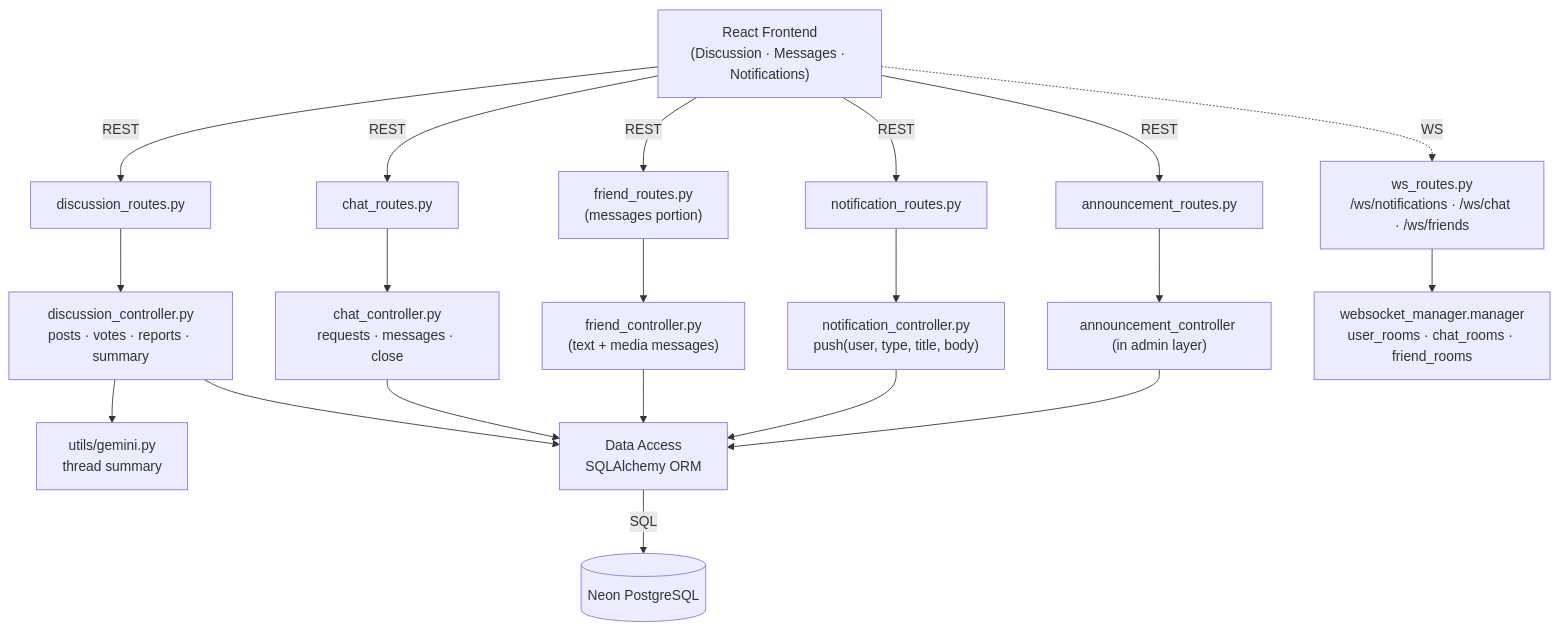
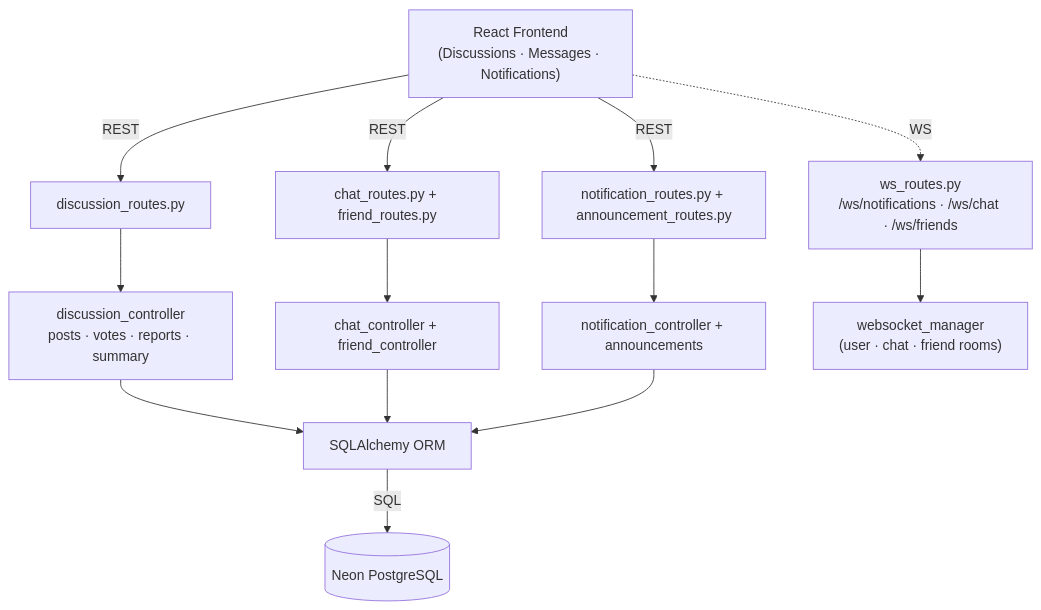
Before and after one commit to yazidha09/Hub4Learners: the first of 4 diagrams in docs/sprints/SPRINT_5.md, drawn with Mermaid. The commit also changed other lines of this file and 14 other files, not shown here.

````diff
--- a/docs/sprints/SPRINT_5.md
+++ b/docs/sprints/SPRINT_5.md
@@ -63,22 +59,15 @@
 ```mermaid
 graph TD
-    A["React Frontend<br/>(Discussion · Messages · Notifications)"] -->|REST| B["discussion_routes.py"]
-    A -->|REST| C["chat_routes.py"]
-    A -->|REST| D["friend_routes.py<br/>(messages portion)"]
-    A -->|REST| E["notification_routes.py"]
-    A -->|REST| F["announcement_routes.py"]
-    A -. WS .-> G["ws_routes.py<br/>/ws/notifications · /ws/chat · /ws/friends"]
-    B --> H["discussion_controller.py<br/>posts · votes · reports · summary"]
-    C --> I["chat_controller.py<br/>requests · messages · close"]
-    D --> J["friend_controller.py<br/>(text + media messages)"]
-    E --> K["notification_controller.py<br/>push(user, type, title, body)"]
-    F --> L["announcement_controller (in admin layer)"]
-    G --> M["websocket_manager.manager<br/>user_rooms · chat_rooms · friend_rooms"]
-    H --> N["utils/gemini.py<br/>thread summary"]
-    H --> O["Data Access<br/>SQLAlchemy ORM"]
-    I --> O
-    J --> O
-    K --> O
-    L --> O
-    O -->|SQL| P[("Neon PostgreSQL")]
+    A["React Frontend<br/>(Discussions · Messages · Notifications)"] -->|REST| B["discussion_routes.py"]
+    A -->|REST| C["chat_routes.py + friend_routes.py"]
+    A -->|REST| D["notification_routes.py + announcement_routes.py"]
+    A -. WS .-> E["ws_routes.py<br/>/ws/notifications · /ws/chat · /ws/friends"]
+    B --> F["discussion_controller<br/>posts · votes · reports · summary"]
+    C --> G["chat_controller + friend_controller"]
+    D --> H["notification_controller + announcements"]
+    E --> I["websocket_manager<br/>(user · chat · friend rooms)"]
+    F --> J["SQLAlchemy ORM"]
+    G --> J
+    H --> J
+    J -->|SQL| K[(Neon PostgreSQL)]
 ```
````
